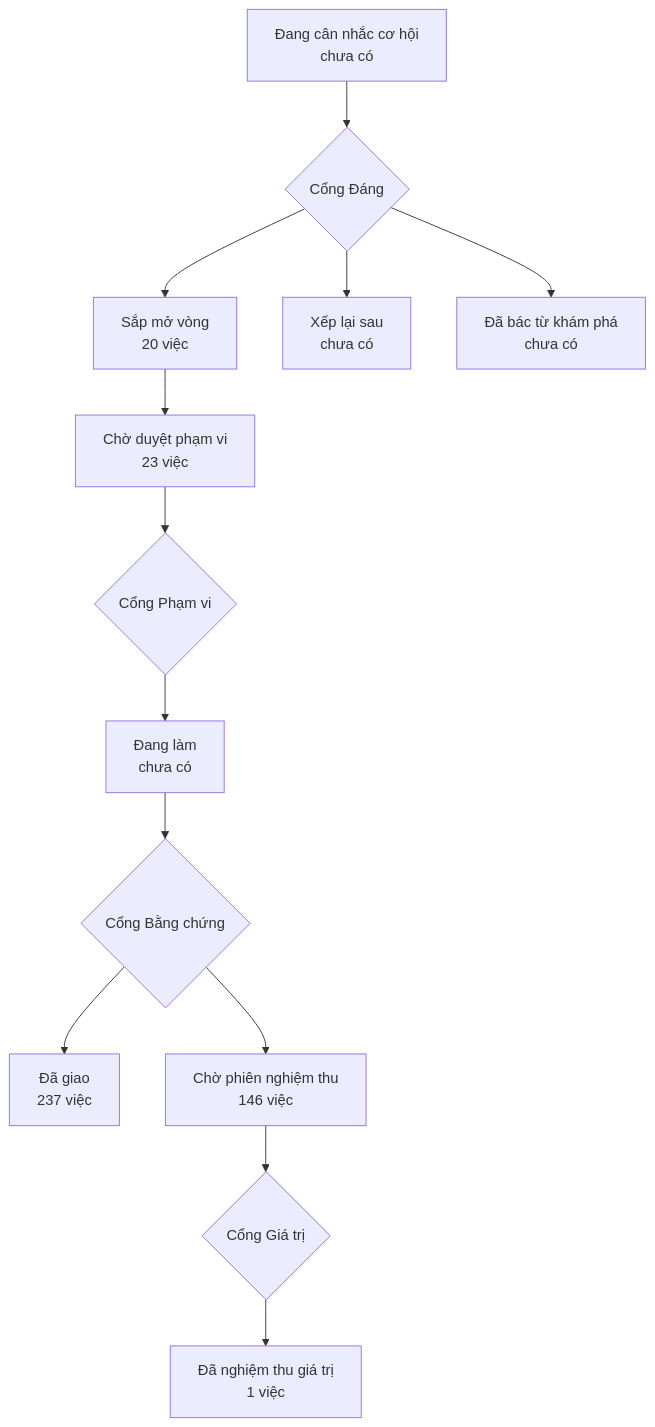
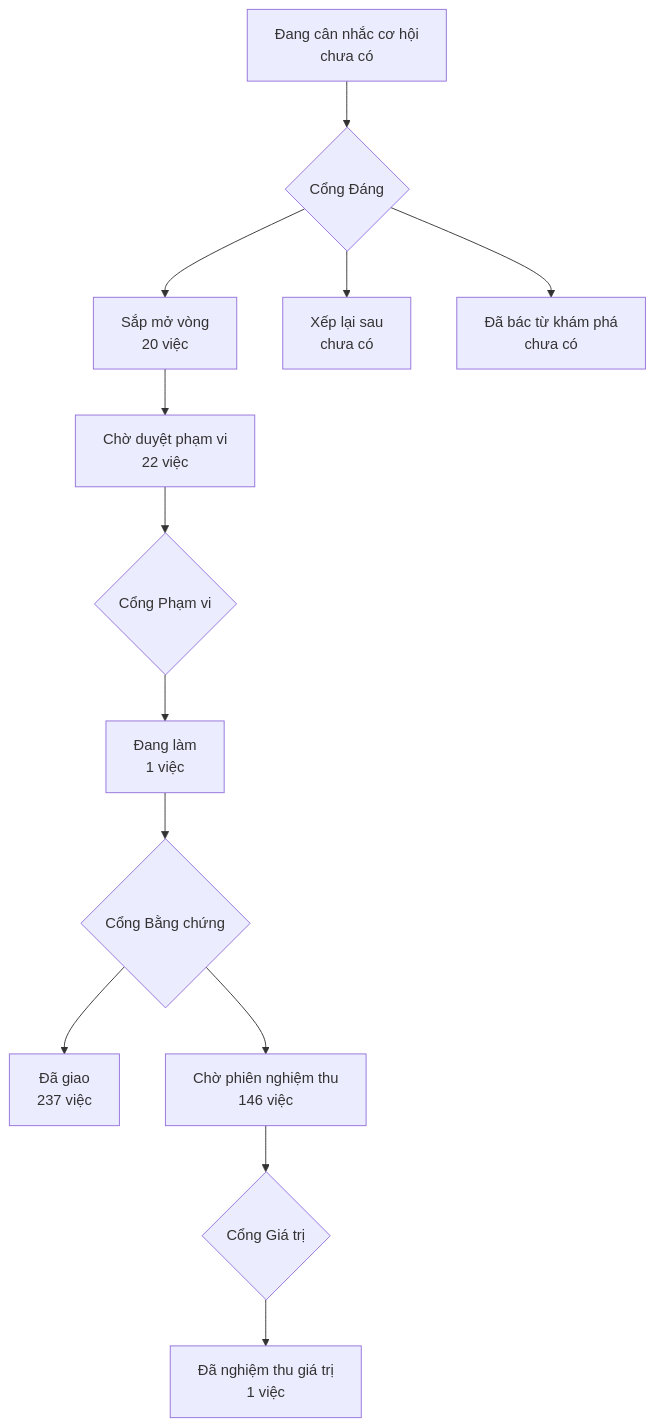
Before and after one commit to phanlemanh/onehub-invest: the diagram in PRODUCT-MAP.md, drawn with Mermaid. The commit also changed other lines of this file and 3 other files, not shown here.

Commit message:
docs(acceptance): Gate 1 s02-cua-api (ZC22) — Mạnh duyệt phạm vi, giữ cỡ 13 tiêu chí

````diff
--- a/PRODUCT-MAP.md
+++ b/PRODUCT-MAP.md
@@ -7,12 +7,12 @@
 ```mermaid
 flowchart TD
   A["Đang cân nhắc cơ hội<br/>chưa có"] --> GD{"Cổng Đáng"}
   GD --> B["Sắp mở vòng<br/>20 việc"]
   GD --> XL["Xếp lại sau<br/>chưa có"]
   GD --> DB["Đã bác từ khám phá<br/>chưa có"]
-  B --> CD["Chờ duyệt phạm vi<br/>23 việc"] --> GP{"Cổng Phạm vi"}
-  GP --> DL["Đang làm<br/>chưa có"] --> GB{"Cổng Bằng chứng"}
+  B --> CD["Chờ duyệt phạm vi<br/>22 việc"] --> GP{"Cổng Phạm vi"}
+  GP --> DL["Đang làm<br/>1 việc"] --> GB{"Cổng Bằng chứng"}
   GB --> DG["Đã giao<br/>237 việc"]
   GB --> CN["Chờ phiên nghiệm thu<br/>146 việc"] --> GG{"Cổng Giá trị"}
   GG --> NT["Đã nghiệm thu giá trị<br/>1 việc"]
 ```
````
